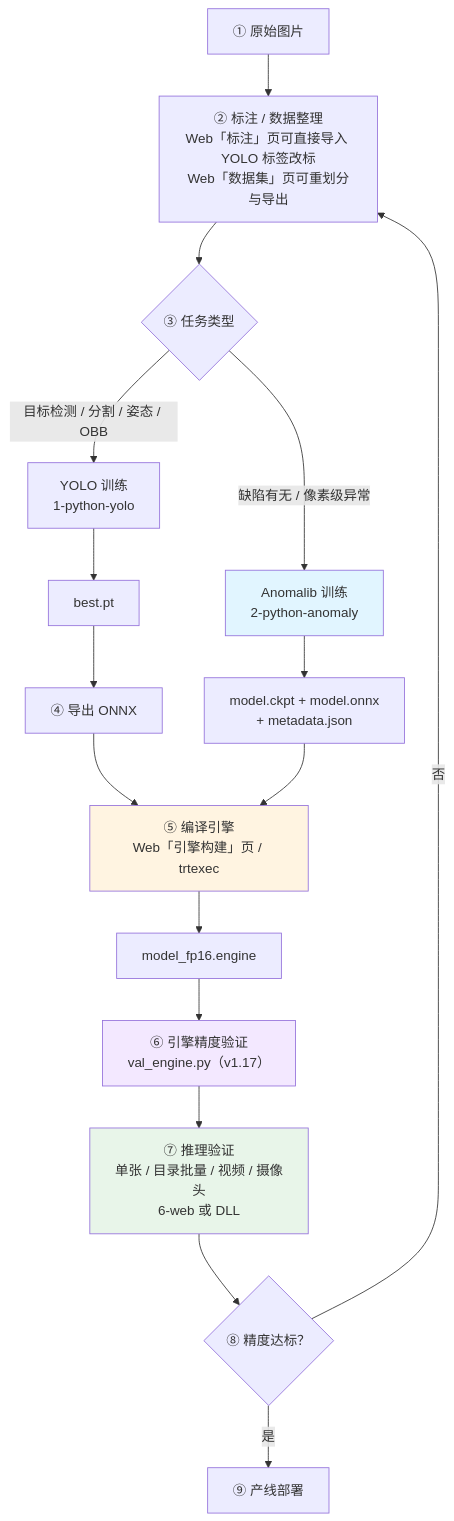
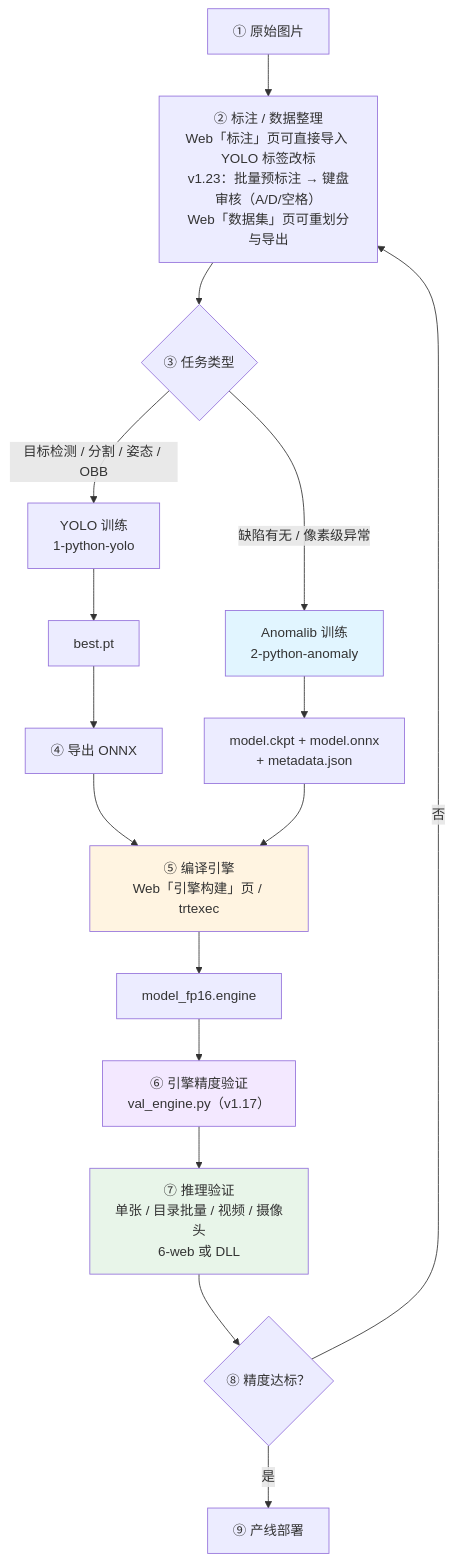
One commit to jusitfy0913/dp-tool changed the diagram in docs/WORKFLOW_GUIDE.md. Above: the diagram before and after it, drawn with Mermaid. The commit also changed other lines of this file and 15 other files, not shown here.

````diff
--- a/docs/WORKFLOW_GUIDE.md
+++ b/docs/WORKFLOW_GUIDE.md
@@ -11,27 +11,27 @@
 ```mermaid
 flowchart TD
-    A["① 原始图片"] --> B["② 标注 / 数据整理<br/>Web「标注」页可直接导入 YOLO 标签改标<br/>Web「数据集」页可重划分与导出"]
+    A["① 原始图片"] --> B["② 标注 / 数据整理<br/>Web「标注」页可直接导入 YOLO 标签改标<br/>v1.23：批量预标注 → 键盘审核（A/D/空格）<br/>Web「数据集」页可重划分与导出"]
     B --> C{"③ 任务类型"}
 
     C -->|"目标检测 / 分割 / 姿态 / OBB"| D["YOLO 训练<br/>1-python-yolo"]
     C -->|"缺陷有无 / 像素级异常"| E["Anomalib 训练<br/>2-python-anomaly"]
 
     D --> F["best.pt"]
     E --> G["model.ckpt + model.onnx<br/>+ metadata.json"]
 
     F --> H["④ 导出 ONNX"]
     H --> I["⑤ 编译引擎<br/>Web「引擎构建」页 / trtexec"]
     G --> I
     I --> J["model_fp16.engine"]
 
     J --> V["⑥ 引擎精度验证<br/>val_engine.py（v1.17）"]
     V --> K["⑦ 推理验证<br/>单张 / 目录批量 / 视频 / 摄像头<br/>6-web 或 DLL"]
     K --> L{"⑧ 精度达标？"}
     L -->|否| B
     L -->|是| M["⑨ 产线部署"]
 
     style E fill:#e1f5ff
     style I fill:#fff4e1
     style V fill:#f3e8ff
     style K fill:#e8f5e9
 ```
````
